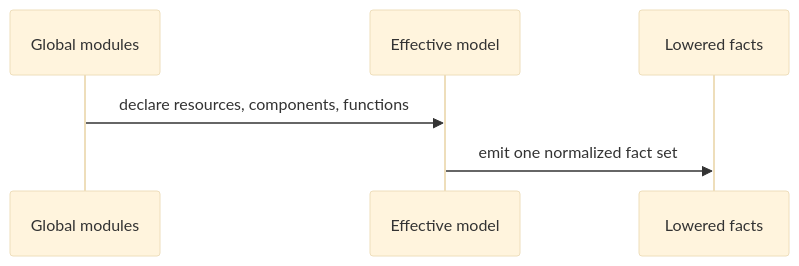
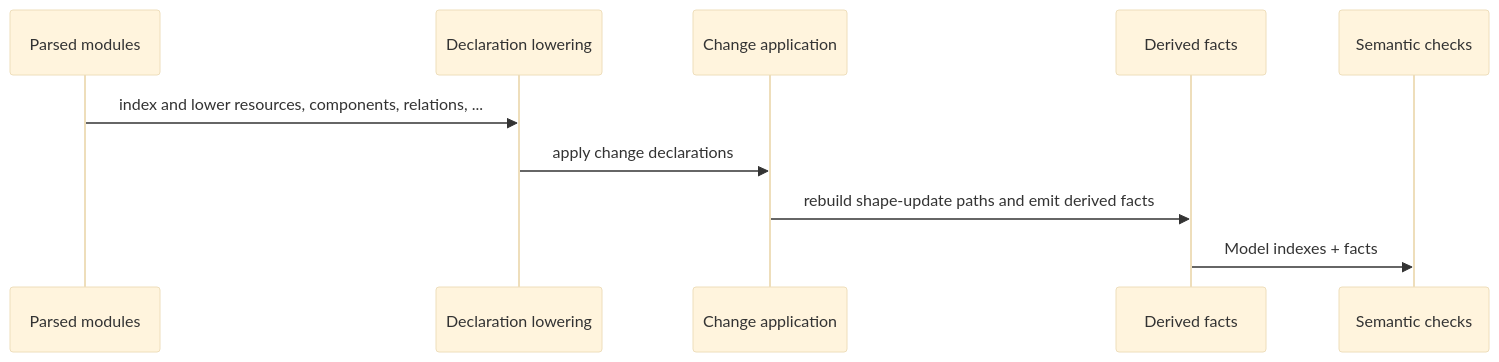
The second of 3 diagrams in docs-site/src/content/docs/inside-shape/fact-lowering.md (timbrinded/shapelang), drawn with Mermaid (base theme) before and after one commit. The commit also changed other lines of this file and 40 other files, not shown here.

````diff
--- a/docs-site/src/content/docs/inside-shape/fact-lowering.md
+++ b/docs-site/src/content/docs/inside-shape/fact-lowering.md
@@ -92,8 +85,12 @@
 ```mermaid
 sequenceDiagram
-  participant Global as Global modules
-  participant Model as Effective model
-  participant Facts as Lowered facts
-  Global->>Model: declare resources, components, functions
-  Model->>Facts: emit one normalized fact set
+  participant Modules as Parsed modules
+  participant Pass1 as Declaration lowering
+  participant Pass2 as Change application
+  participant Facts as Derived facts
+  participant Rules as Semantic checks
+  Modules->>Pass1: index and lower resources, components, relations, ...
+  Pass1->>Pass2: apply change declarations
+  Pass2->>Facts: rebuild shape-update paths and emit derived facts
+  Facts->>Rules: Model indexes + facts
 ```
````
